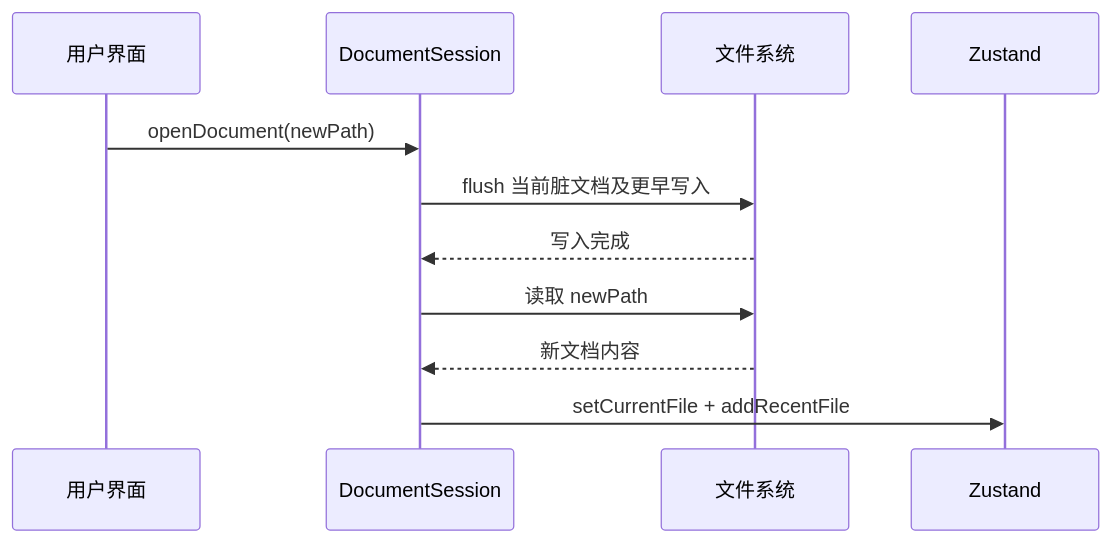
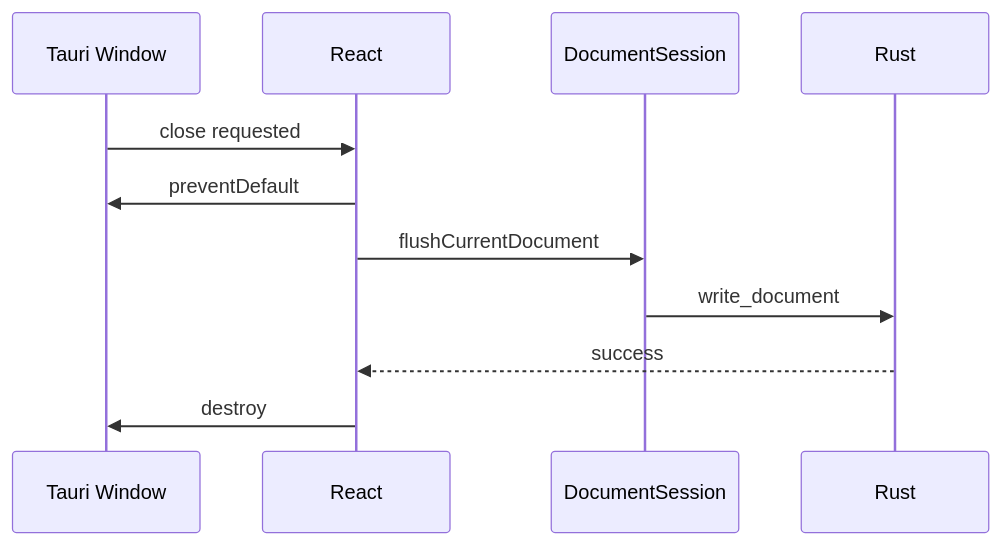
Before and after one commit to xiaopanopan/md-manage: the second of 2 diagrams in document/技术架构文档.md, drawn with Mermaid. The commit also changed other lines of this file and 100 other files, not shown here.

````diff
--- a/document/技术架构文档.md
+++ b/document/技术架构文档.md
@@ -141,14 +155,13 @@
 ```mermaid
 sequenceDiagram
-    participant UI as 用户界面
-    participant Session as DocumentSession
-    participant Disk as 文件系统
-    participant Store as Zustand
-
-    UI->>Session: openDocument(newPath)
-    Session->>Disk: flush 当前脏文档及更早写入
-    Disk-->>Session: 写入完成
-    Session->>Disk: 读取 newPath
-    Disk-->>Session: 新文档内容
-    Session->>Store: setCurrentFile + addRecentFile
+    participant W as Tauri Window
+    participant UI as React
+    participant S as DocumentSession
+    participant R as Rust
+    W->>UI: close requested
+    UI->>W: preventDefault
+    UI->>S: flushCurrentDocument
+    S->>R: write_document
+    R-->>UI: success
+    UI->>W: destroy
 ```
````
